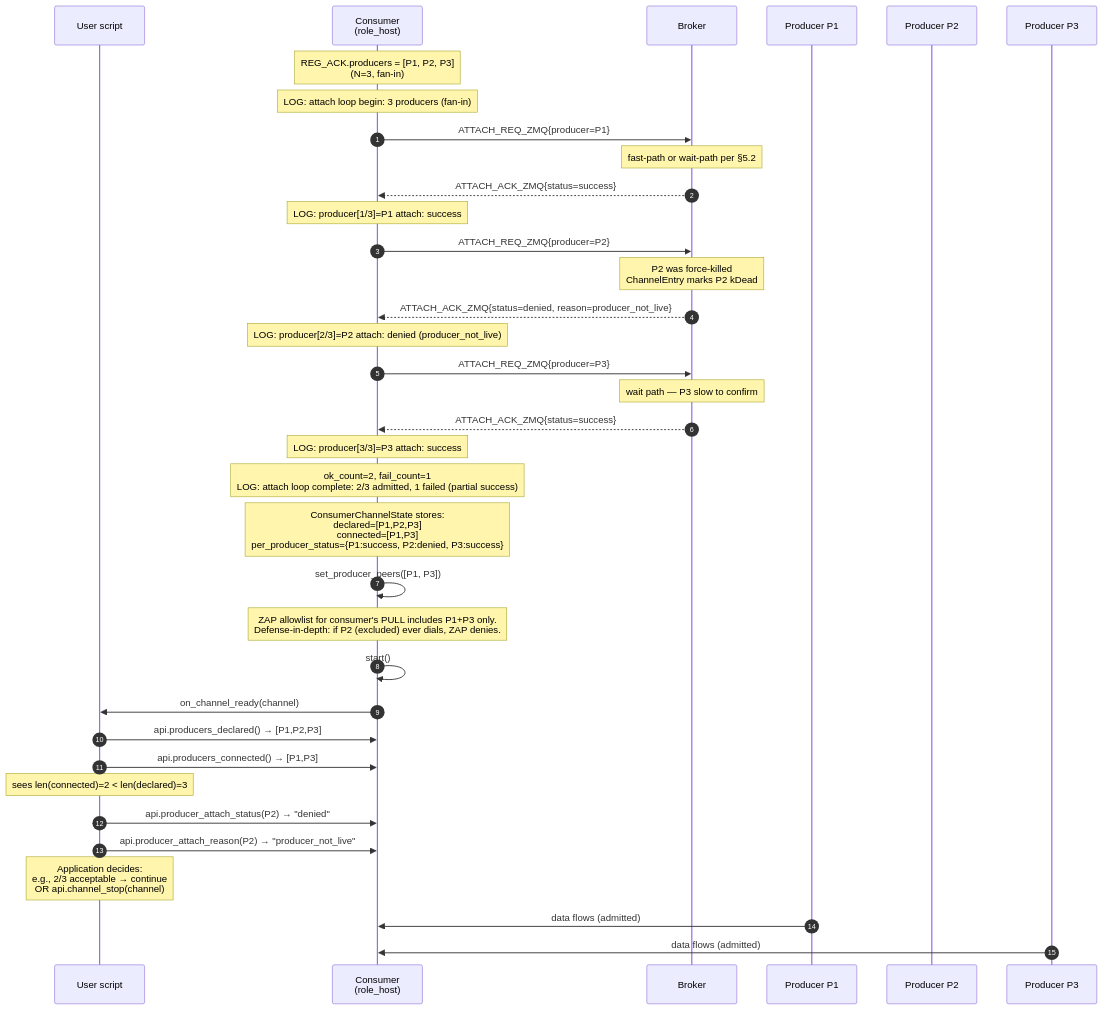
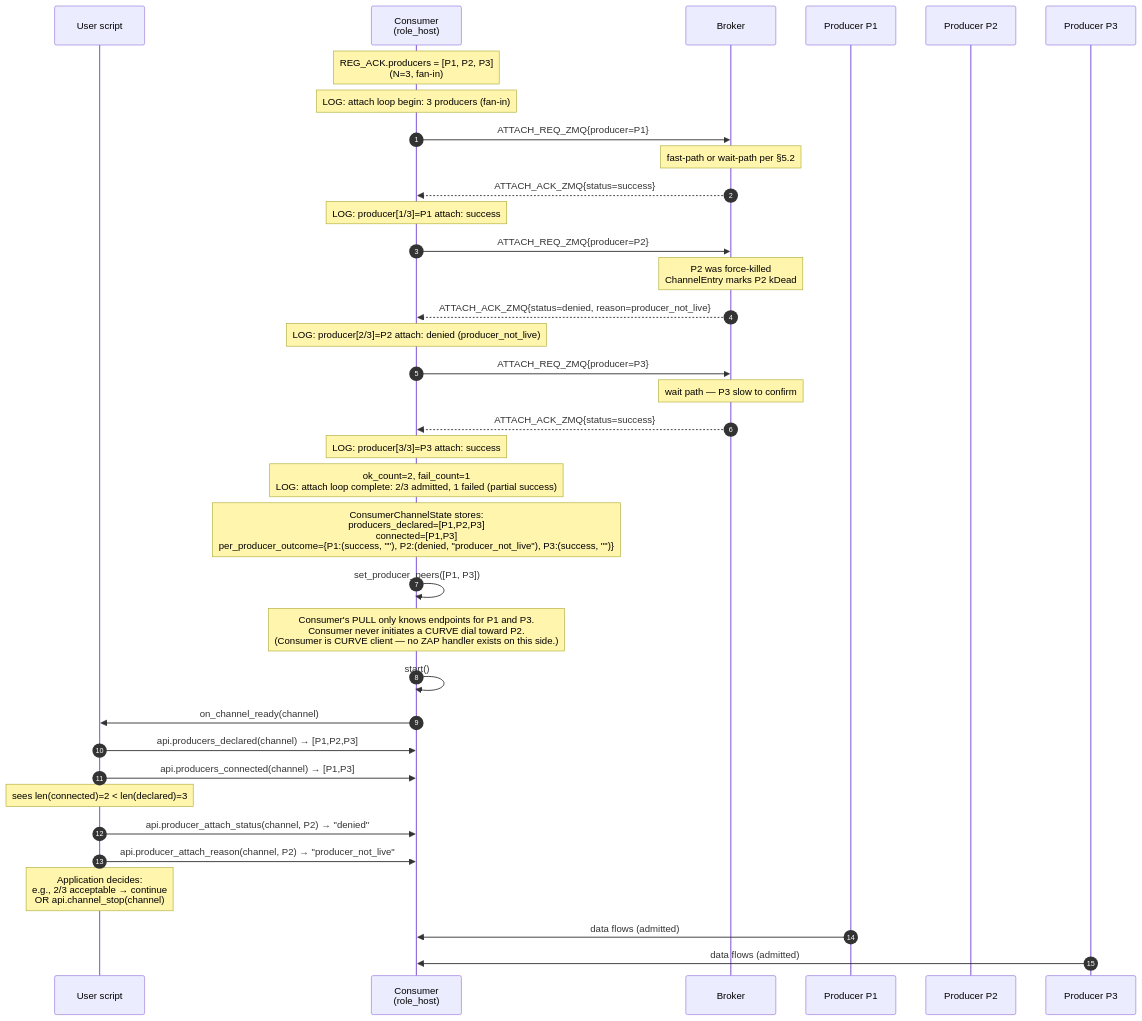
Before and after one commit to Qing-LAB/pylabhub: the third of 3 diagrams in docs/tech_draft/DRAFT_HEP-0036_zmq-pre-confirm_2026-06-30.md, drawn with Mermaid. The commit also changed other lines of this file, not shown here.

````diff
--- a/docs/tech_draft/DRAFT_HEP-0036_zmq-pre-confirm_2026-06-30.md
+++ b/docs/tech_draft/DRAFT_HEP-0036_zmq-pre-confirm_2026-06-30.md
@@ -788,45 +803,45 @@
 ```mermaid
 sequenceDiagram
     autonumber
     participant Script as User script
     participant C as Consumer<br/>(role_host)
     participant B as Broker
     participant P1 as Producer P1
     participant P2 as Producer P2
     participant P3 as Producer P3
 
     Note over C: REG_ACK.producers = [P1, P2, P3]<br/>(N=3, fan-in)
     Note over C: LOG: attach loop begin: 3 producers (fan-in)
 
     C->>B: ATTACH_REQ_ZMQ{producer=P1}
     Note over B: fast-path or wait-path per §5.2
     B-->>C: ATTACH_ACK_ZMQ{status=success}
     Note over C: LOG: producer[1/3]=P1 attach: success
 
     C->>B: ATTACH_REQ_ZMQ{producer=P2}
     Note over B: P2 was force-killed<br/>ChannelEntry marks P2 kDead
     B-->>C: ATTACH_ACK_ZMQ{status=denied, reason=producer_not_live}
     Note over C: LOG: producer[2/3]=P2 attach: denied (producer_not_live)
 
     C->>B: ATTACH_REQ_ZMQ{producer=P3}
     Note over B: wait path — P3 slow to confirm
     B-->>C: ATTACH_ACK_ZMQ{status=success}
     Note over C: LOG: producer[3/3]=P3 attach: success
 
     Note over C: ok_count=2, fail_count=1<br/>LOG: attach loop complete: 2/3 admitted, 1 failed (partial success)
-    Note over C: ConsumerChannelState stores:<br/>declared=[P1,P2,P3]<br/>connected=[P1,P3]<br/>per_producer_status={P1:success, P2:denied, P3:success}
+    Note over C: ConsumerChannelState stores:<br/>producers_declared=[P1,P2,P3]<br/>connected=[P1,P3]<br/>per_producer_outcome={P1:(success, ""), P2:(denied, "producer_not_live"), P3:(success, "")}
 
     C->>C: set_producer_peers([P1, P3])
-    Note over C: ZAP allowlist for consumer's PULL includes P1+P3 only.<br/>Defense-in-depth: if P2 (excluded) ever dials, ZAP denies.
+    Note over C: Consumer's PULL only knows endpoints for P1 and P3.<br/>Consumer never initiates a CURVE dial toward P2.<br/>(Consumer is CURVE client — no ZAP handler exists on this side.)
     C->>C: start()
     C->>Script: on_channel_ready(channel)
-    Script->>C: api.producers_declared() → [P1,P2,P3]
-    Script->>C: api.producers_connected() → [P1,P3]
+    Script->>C: api.producers_declared(channel) → [P1,P2,P3]
+    Script->>C: api.producers_connected(channel) → [P1,P3]
     Note over Script: sees len(connected)=2 < len(declared)=3
-    Script->>C: api.producer_attach_status(P2) → "denied"
-    Script->>C: api.producer_attach_reason(P2) → "producer_not_live"
+    Script->>C: api.producer_attach_status(channel, P2) → "denied"
+    Script->>C: api.producer_attach_reason(channel, P2) → "producer_not_live"
     Note over Script: Application decides:<br/>e.g., 2/3 acceptable → continue<br/>OR api.channel_stop(channel)
 
     P1->>C: data flows (admitted)
     P3->>C: data flows (admitted)
 ```
````
